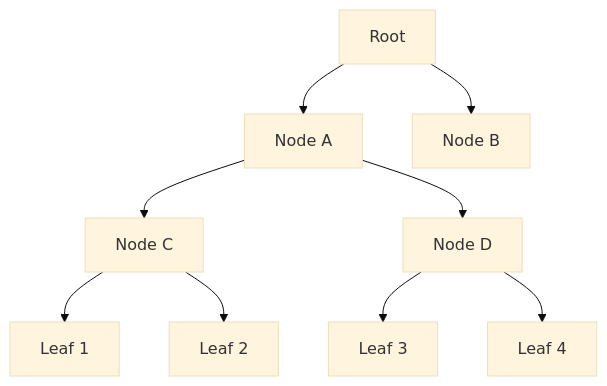
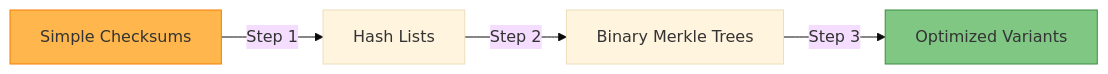
The fifth of 6 diagrams in docs/pattern-library/data-management/merkle-trees.md (deepaucksharma/DStudio), drawn with Mermaid (base theme) before and after one commit. The commit also changed other lines of this file and 23 other files, not shown here.

````diff
--- a/docs/pattern-library/data-management/merkle-trees.md
+++ b/docs/pattern-library/data-management/merkle-trees.md
@@ -332,21 +308,9 @@
 ```mermaid
-graph TD
- R[Root]
- A[Node A]
- B[Node B]
- C[Node C]
- D[Node D]
- L1[Leaf 1]
- L2[Leaf 2]
- L3[Leaf 3]
- L4[Leaf 4]
- 
- R --> A
- R --> B
- A --> C
- A --> D
- C --> L1
- C --> L2
- D --> L3
- D --> L4
+graph LR
+    A[Simple Checksums] -->|Step 1| B[Hash Lists]
+    B -->|Step 2| C[Binary Merkle Trees]
+    C -->|Step 3| D[Optimized Variants]
+    
+    style A fill:#ffb74d,stroke:#f57c00
+    style D fill:#81c784,stroke:#388e3c
 ```
````
